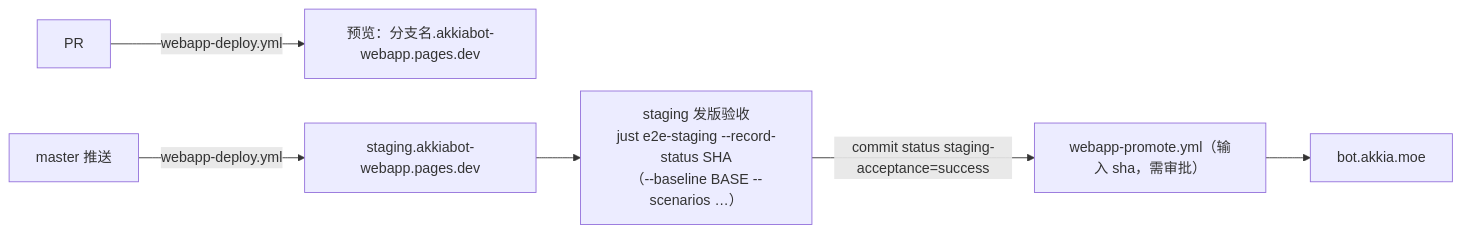
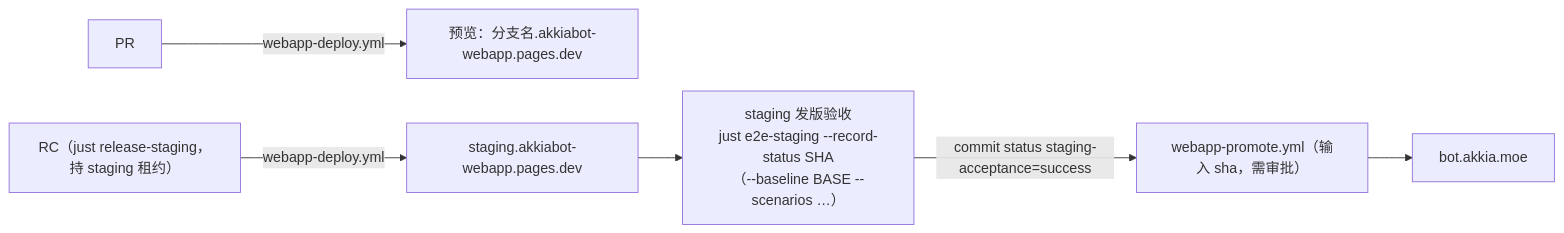
One commit to AkkiaLab/AkkiaBot changed the diagram in docs/webapp.md. Above: the diagram before and after it, drawn with Mermaid. The commit also changed other lines of this file and 42 other files, not shown here.

````diff
--- a/docs/webapp.md
+++ b/docs/webapp.md
@@ -42,8 +42,8 @@
 ```mermaid
 flowchart LR
     PR[PR] -->|webapp-deploy.yml| P["预览：分支名.akkiabot-webapp.pages.dev"]
-    M[master 推送] -->|webapp-deploy.yml| S["staging.akkiabot-webapp.pages.dev"]
+    M[RC（just release-staging，持 staging 租约）] -->|webapp-deploy.yml| S["staging.akkiabot-webapp.pages.dev"]
     S --> A["staging 发版验收<br/>just e2e-staging --record-status SHA<br/>（--baseline BASE --scenarios …）"]
     A -->|commit status staging-acceptance=success| G["webapp-promote.yml（输入 sha，需审批）"]
     G --> Prod["bot.akkia.moe"]
 ```
````
